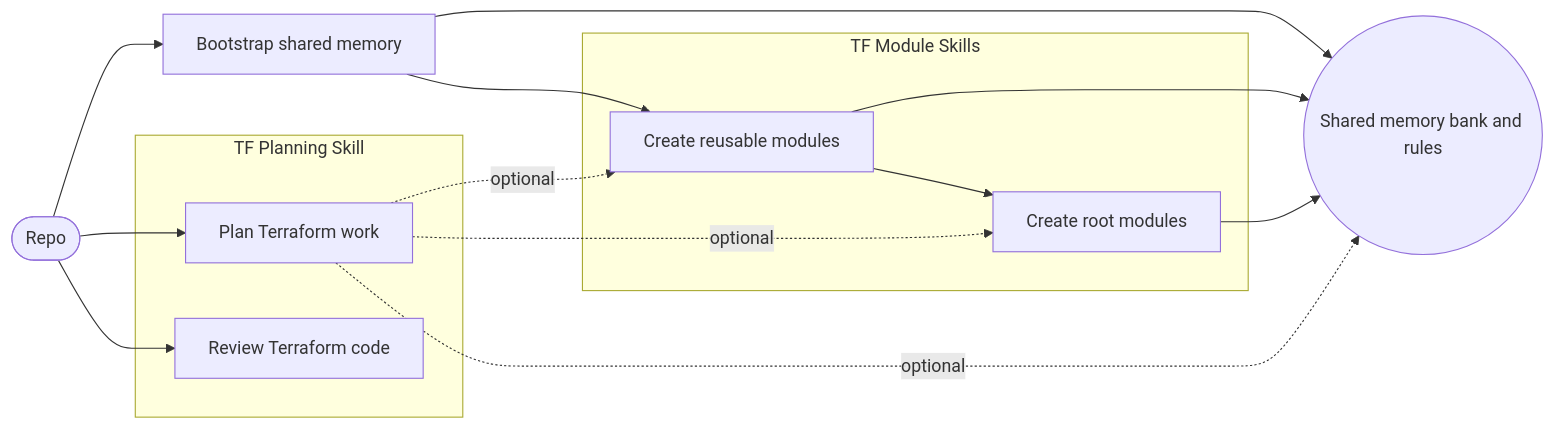
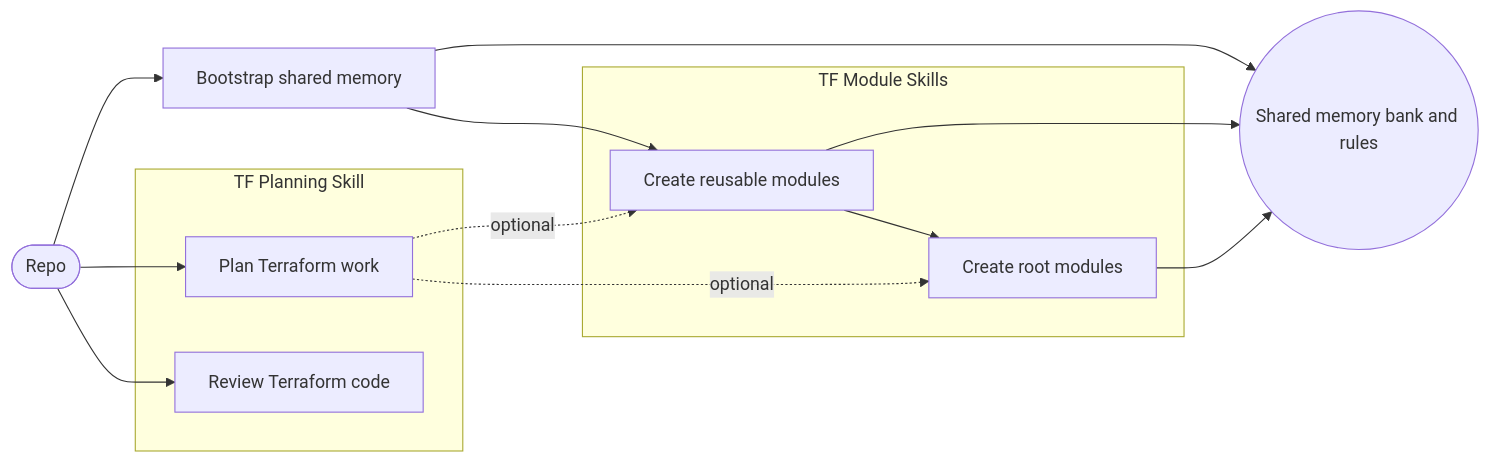
The diagram in README.md (senad-d/terraform-skills), drawn with Mermaid before and after one commit.

Commit message:
docs(readme): remove redundant optional edge in diagram

````diff
--- a/README.md
+++ b/README.md
@@ -5,30 +5,29 @@
 ```mermaid
 flowchart LR
     %% TF skills memory bank workflow
 
     A([Repo]) --> B[Bootstrap shared memory]
     A --> P[Plan Terraform work]
     A --> R[Review Terraform code]
     B --> C[Create reusable modules]
     C --> D[Create root modules]
 
     subgraph TF Module Skills
         C
         D
     end
 
     subgraph TF Planning Skill
         P
         R
     end
 
     MB((Shared memory bank and rules))
 
     B --> MB
     C --> MB
     D --> MB
     P -. optional .-> C
     P -. optional .-> D
-    P -. optional .-> MB
 
 ```
````
